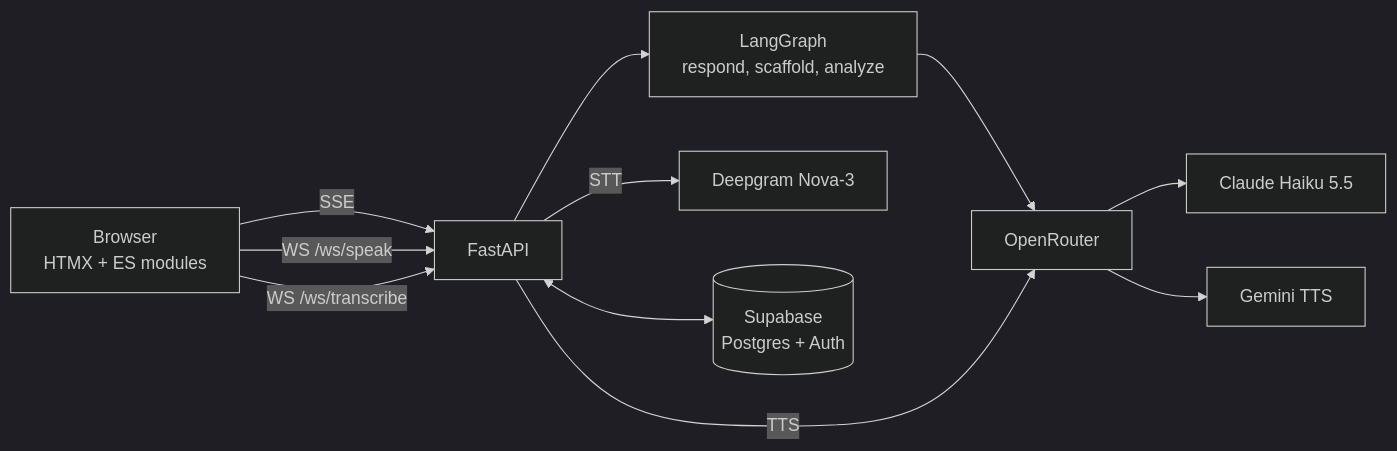
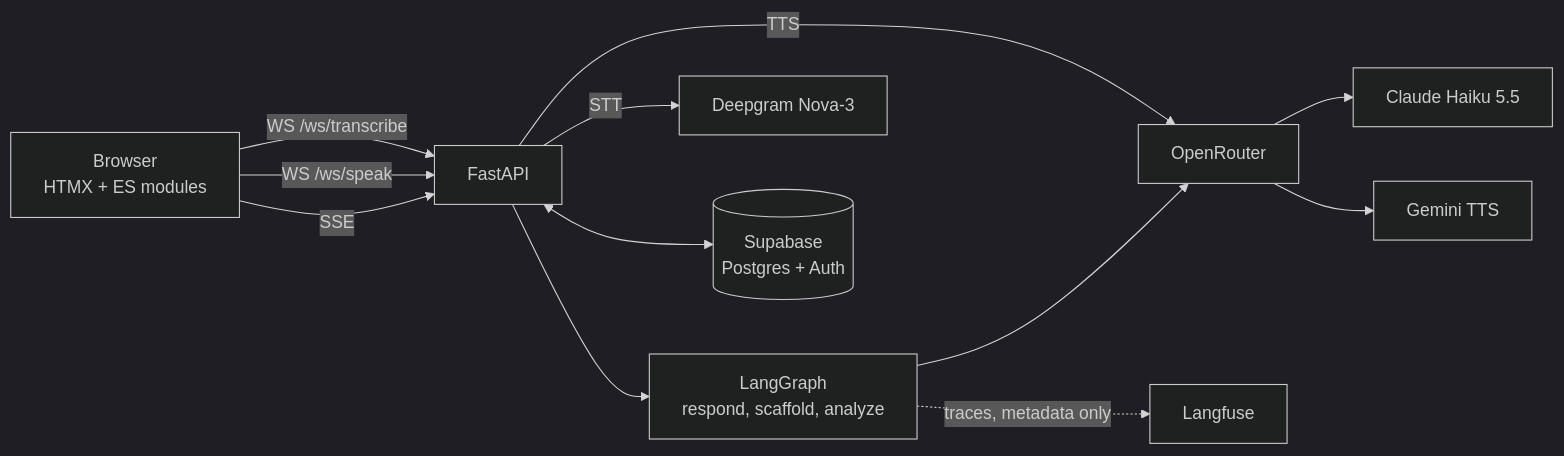
The second of 2 diagrams in README.md (darth-dodo/habla-hermano), drawn with Mermaid (dark theme) before and after one commit. The commit also changed other lines of this file and 18 other files, not shown here.

Commit message:
feat(observability): Langfuse tracing (metadata only) and a full docs refresh with badges (#123)

````diff
--- a/README.md
+++ b/README.md
@@ -58,10 +72,11 @@
 ```mermaid
 graph LR
     B["Browser<br/>HTMX + ES modules"] -- "SSE" --> F["FastAPI"]
     F --> LG["LangGraph<br/>respond, scaffold, analyze"]
     LG --> OR["OpenRouter"]
     OR --> H["Claude Haiku 5.5"]
     B -- "WS /ws/speak" --> F -- "TTS" --> OR --> G["Gemini TTS"]
     B -- "WS /ws/transcribe" --> F -- "STT" --> DG["Deepgram Nova-3"]
     F <--> DB[("Supabase<br/>Postgres + Auth")]
+    LG -. "traces, metadata only" .-> LF["Langfuse"]
 ```
````
